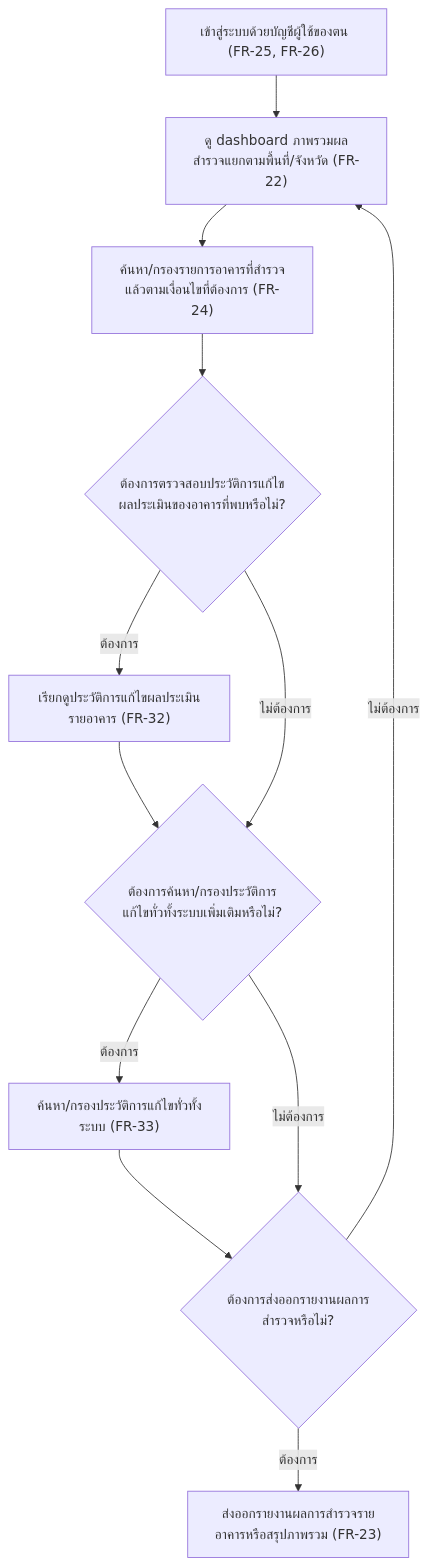
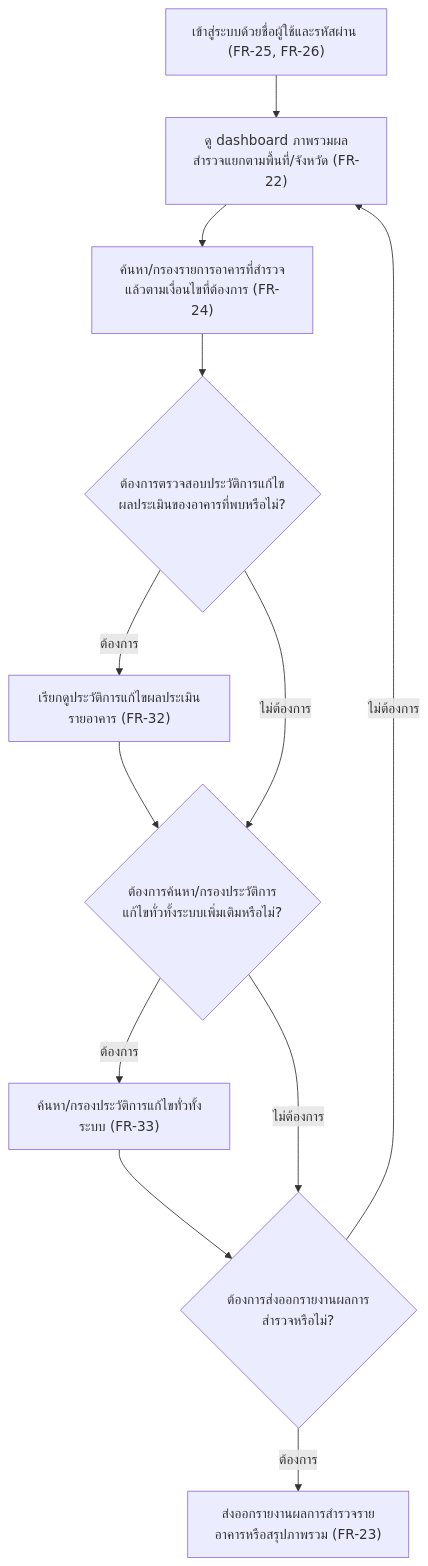
Before and after one commit to sirikorn-cmru/CrackAI-Field: the fourth of 4 diagrams in docs/02-design/user-journey.md, drawn with Mermaid. The commit also changed other lines of this file and 2 other files, not shown here.

````diff
--- a/docs/02-design/user-journey.md
+++ b/docs/02-design/user-journey.md
@@ -175,20 +192,20 @@
 ```mermaid
 flowchart TD
-    A["เข้าสู่ระบบด้วยบัญชีผู้ใช้ของตน (FR-25, FR-26)"]
+    A["เข้าสู่ระบบด้วยชื่อผู้ใช้และรหัสผ่าน (FR-25, FR-26)"]
     B["ดู dashboard ภาพรวมผลสำรวจแยกตามพื้นที่/จังหวัด (FR-22)"]
     C["ค้นหา/กรองรายการอาคารที่สำรวจแล้วตามเงื่อนไขที่ต้องการ (FR-24)"]
     C1{"ต้องการตรวจสอบประวัติการแก้ไขผลประเมินของอาคารที่พบหรือไม่?"}
     C2["เรียกดูประวัติการแก้ไขผลประเมินรายอาคาร (FR-32)"]
     C3{"ต้องการค้นหา/กรองประวัติการแก้ไขทั่วทั้งระบบเพิ่มเติมหรือไม่?"}
     C4["ค้นหา/กรองประวัติการแก้ไขทั่วทั้งระบบ (FR-33)"]
     D{"ต้องการส่งออกรายงานผลการสำรวจหรือไม่?"}
     E["ส่งออกรายงานผลการสำรวจรายอาคารหรือสรุปภาพรวม (FR-23)"]
 
     A --> B --> C --> C1
     C1 -->|ต้องการ| C2 --> C3
     C1 -->|ไม่ต้องการ| C3
     C3 -->|ต้องการ| C4 --> D
     C3 -->|ไม่ต้องการ| D
     D -->|ต้องการ| E
     D -->|ไม่ต้องการ| B
 ```
````
